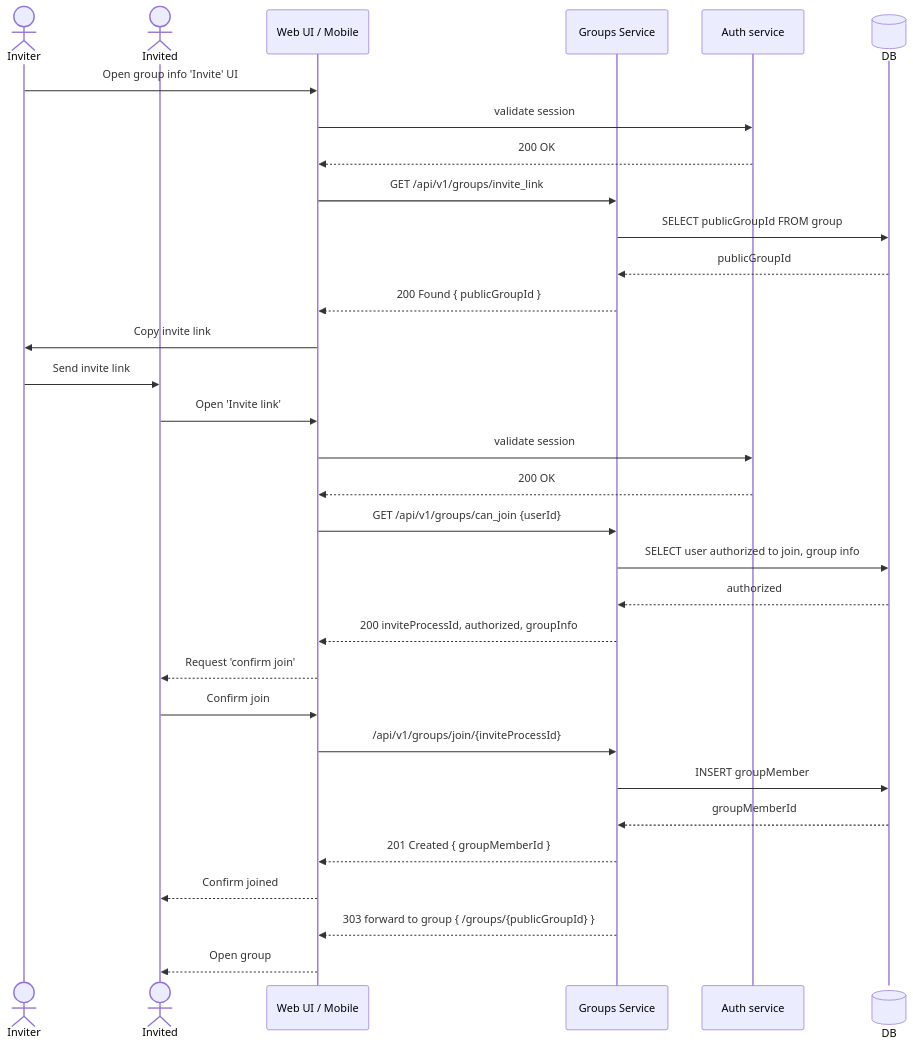
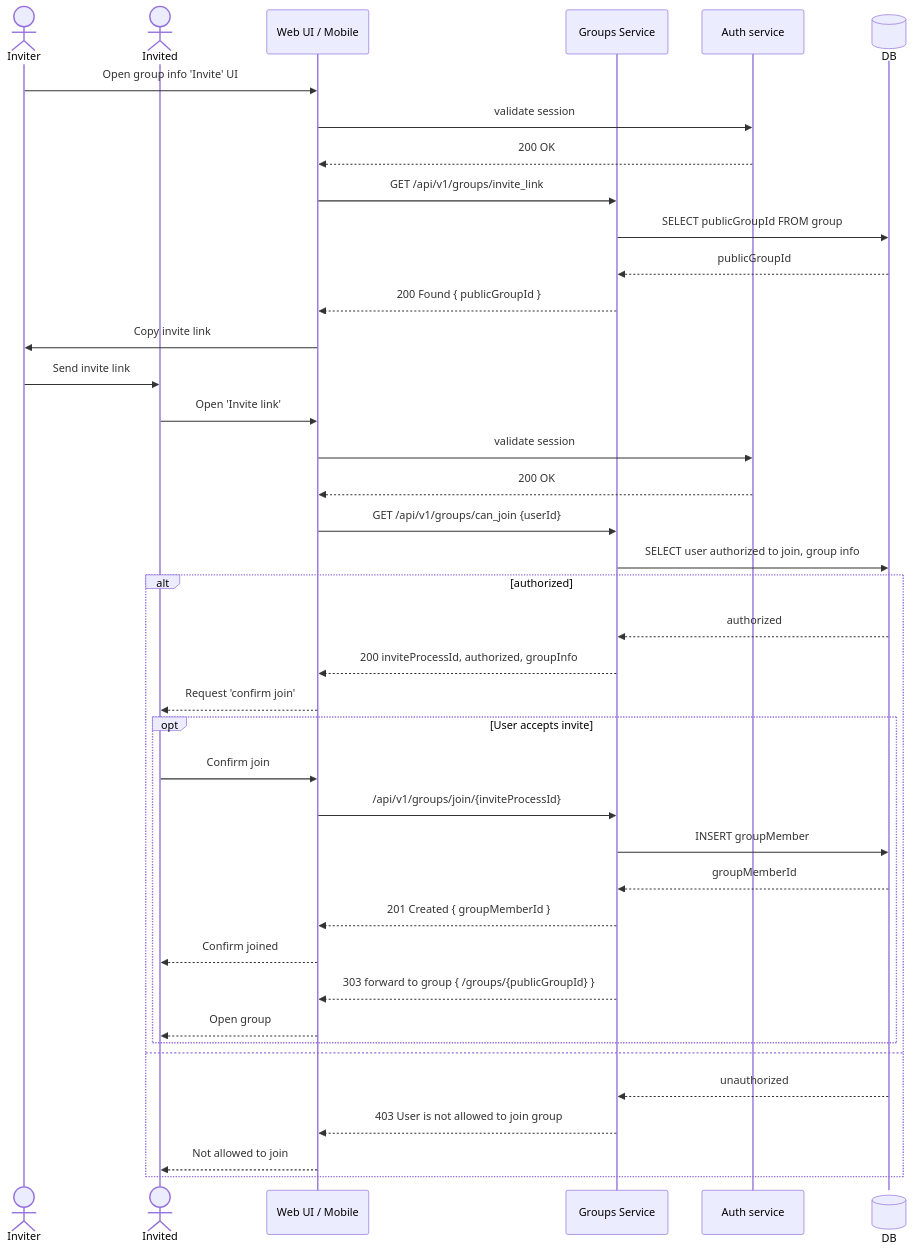
The second of 5 diagrams in SoftwareTechnik/Spezifikation.md (co1inco/IFM_Programieren3), drawn with Mermaid before and after one commit. The commit also changed other lines of this file and 3 other files, not shown here.

````diff
--- a/SoftwareTechnik/Spezifikation.md
+++ b/SoftwareTechnik/Spezifikation.md
@@ -261,37 +290,49 @@
 ```mermaid
 sequenceDiagram
 
 actor Inviter
 actor Invited
 participant UI as Web UI / Mobile
 participant Groups as Groups Service
 participant Auth as Auth service
 participant DB@{ "type" : "database" }
 
 Inviter ->> UI : Open group info 'Invite' UI
 UI ->> Auth : validate session
 Auth -->> UI : 200 OK
 UI ->> Groups : GET /api/v1/groups/invite_link
 Groups ->> DB : SELECT publicGroupId FROM group
 DB -->> Groups : publicGroupId
 Groups -->> UI : 200 Found { publicGroupId }
 UI ->> Inviter  : Copy invite link
 Inviter ->> Invited : Send invite link
 
 Invited ->> UI : Open 'Invite link'
 UI ->> Auth : validate session
 Auth -->> UI : 200 OK
 UI ->> Groups : GET /api/v1/groups/can_join {userId}
 Groups ->> DB : SELECT user authorized to join, group info
-DB -->> Groups : authorized
-Groups -->> UI : 200 inviteProcessId, authorized, groupInfo
-UI -->> Invited : Request 'confirm join'
-Invited ->> UI : Confirm join
-UI ->> Groups : /api/v1/groups/join/{inviteProcessId}
-Groups ->> DB : INSERT groupMember
-DB -->> Groups : groupMemberId
-Groups -->> UI : 201 Created { groupMemberId }
-UI -->> Invited : Confirm joined
-Groups -->> UI : 303 forward to group { /groups/{publicGroupId} }
-UI -->> Invited : Open group
+
+alt authorized
+
+  DB -->> Groups : authorized
+  Groups -->> UI : 200 inviteProcessId, authorized, groupInfo
+  UI -->> Invited : Request 'confirm join'
+
+  opt User accepts invite
+    Invited ->> UI : Confirm join
+    UI ->> Groups : /api/v1/groups/join/{inviteProcessId}
+    Groups ->> DB : INSERT groupMember
+    DB -->> Groups : groupMemberId
+    Groups -->> UI : 201 Created { groupMemberId }
+    UI -->> Invited : Confirm joined
+    Groups -->> UI : 303 forward to group { /groups/{publicGroupId} }
+    UI -->> Invited : Open group
+  end
+
+else 
+  DB -->> Groups : unauthorized
+  Groups -->> UI : 403 User is not allowed to join group
+  UI -->> Invited : Not allowed to join
+end
 ```
````
